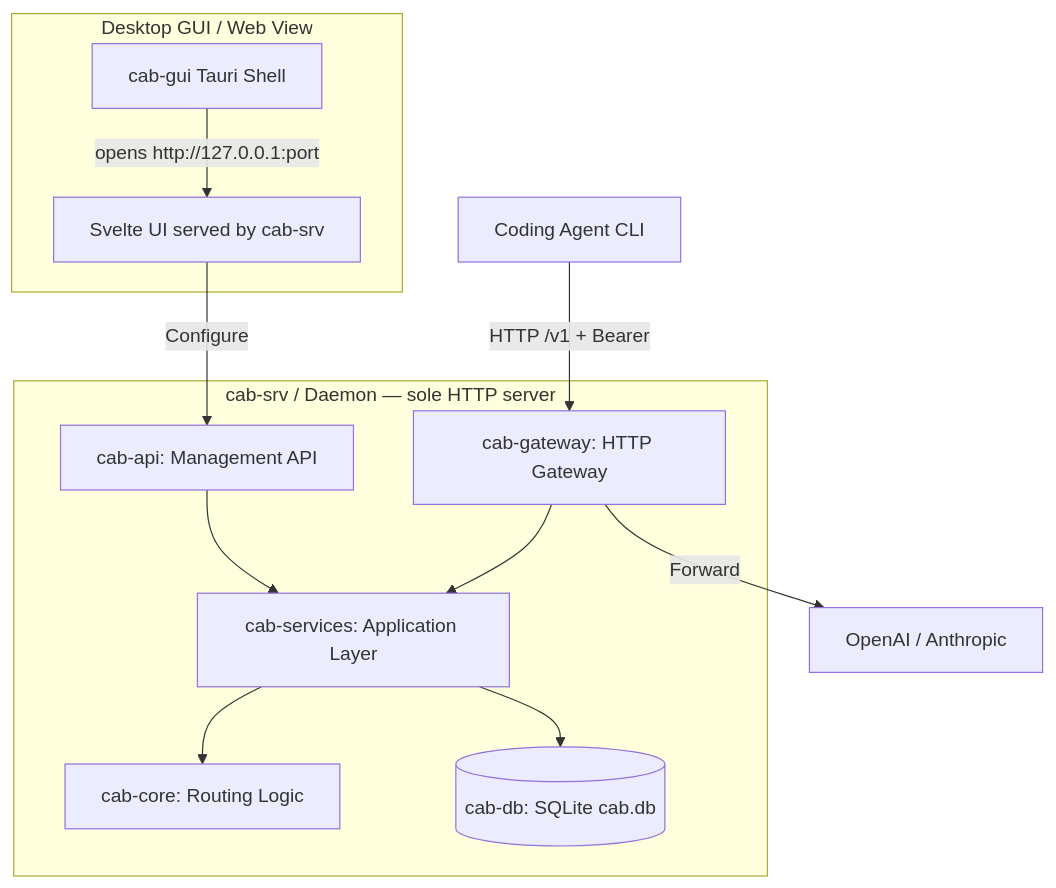
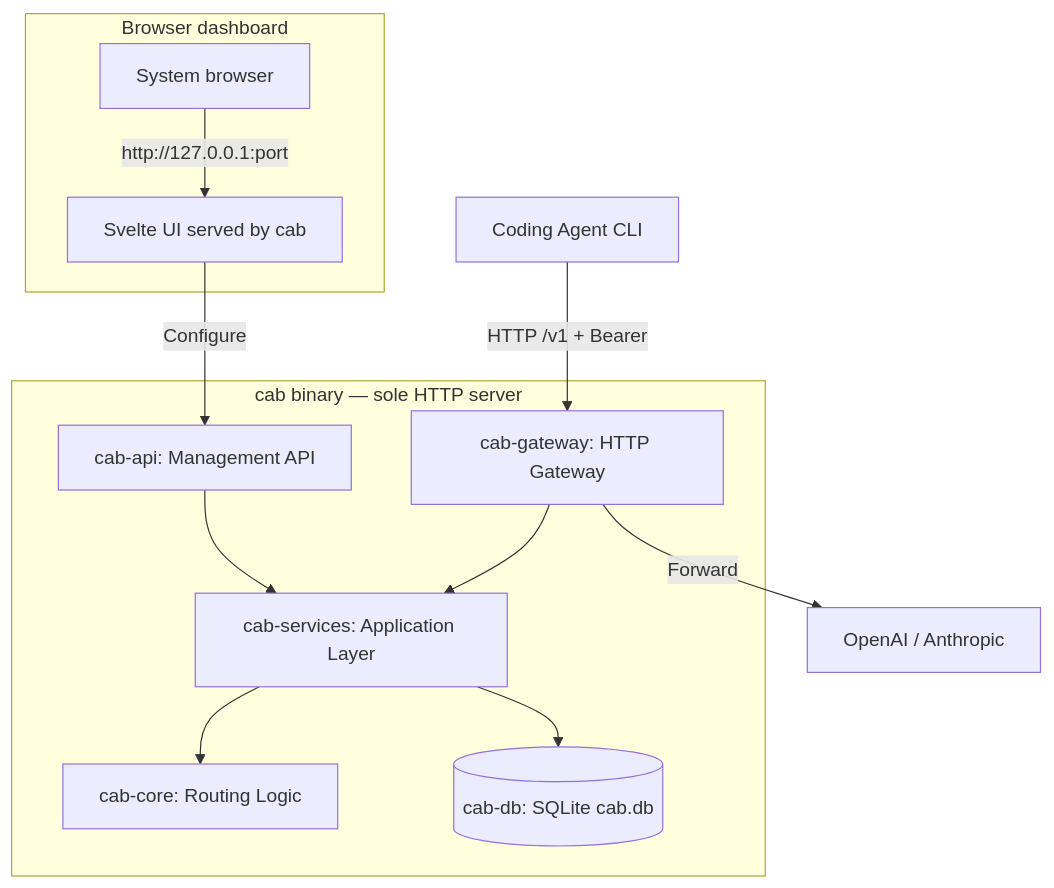
One commit to xiongdi/cab changed the diagram in README.md. Above: the diagram before and after it, drawn with Mermaid. The commit also changed other lines of this file and 101 other files, not shown here.

````diff
--- a/README.md
+++ b/README.md
@@ -21,24 +21,24 @@
 ```mermaid
 graph TD
-    subgraph Frontend [Desktop GUI / Web View]
-        Tauri[cab-gui Tauri Shell]
-        Svelte[Svelte UI served by cab-srv]
-        Tauri -->|opens http://127.0.0.1:port| Svelte
+    subgraph Frontend [Browser dashboard]
+        Browser[System browser]
+        Svelte[Svelte UI served by cab]
+        Browser -->|http://127.0.0.1:port| Svelte
     end
 
-    subgraph Backend [cab-srv / Daemon — sole HTTP server]
+    subgraph Backend [cab binary — sole HTTP server]
         API[cab-api: Management API]
         Gateway[cab-gateway: HTTP Gateway]
         Services[cab-services: Application Layer]
         DB[(cab-db: SQLite cab.db)]
         Core[cab-core: Routing Logic]
     end
 
     AgentCLI[Coding Agent CLI] -- "HTTP /v1 + Bearer" --> Gateway
     Gateway --> Services
     Services --> Core
     Services --> DB
     Gateway -- "Forward" --> LLM[OpenAI / Anthropic]
     Svelte -- "Configure" --> API
     API --> Services
 ```
````
